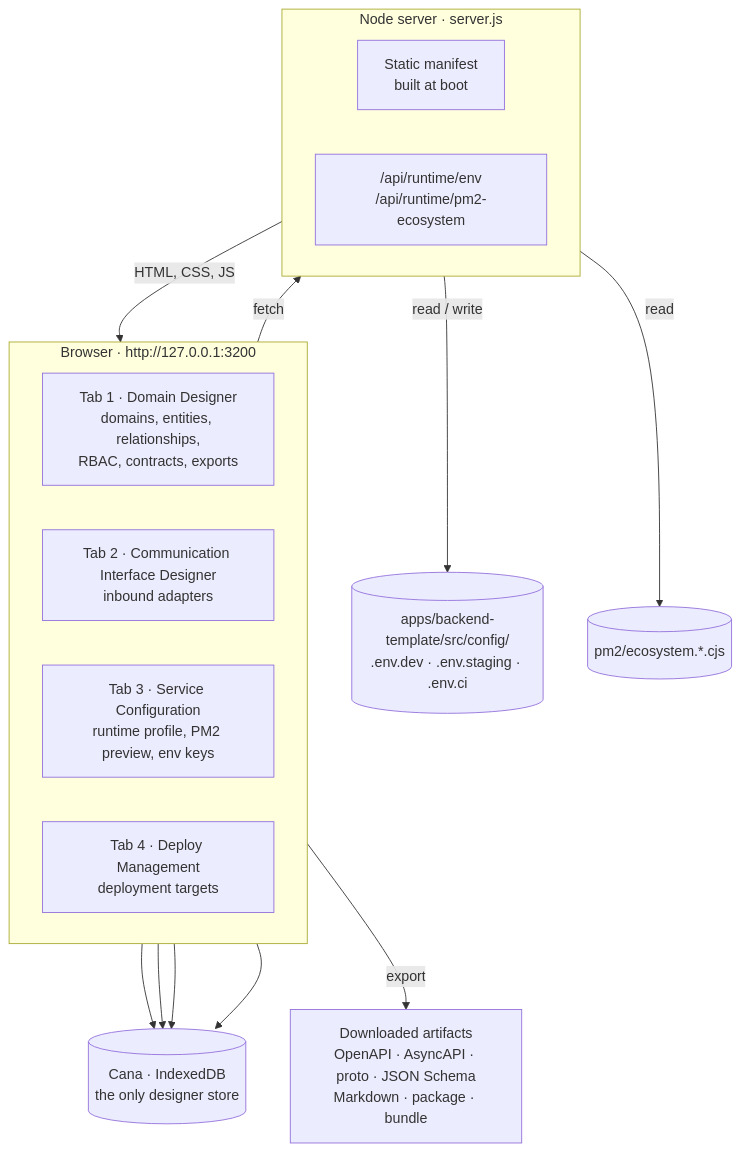
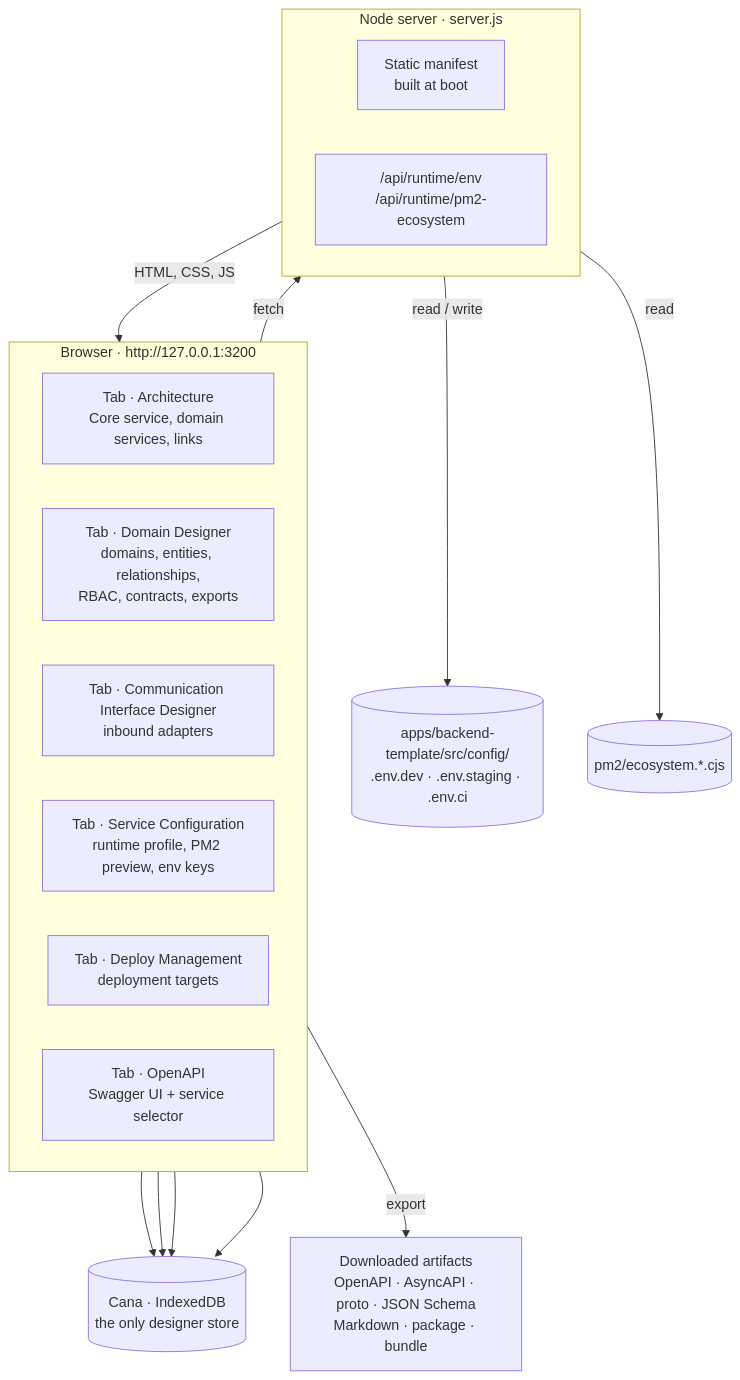
Before and after one commit to web2solutions/Jumentix: the first of 6 diagrams in documentation/md/guides/USING-SERVICE-MANAGER-AND-DOMAIN-DESIGNER.md, drawn with Mermaid. The commit also changed other lines of this file and 42 other files, not shown here.

First line of the commit message:
feat(designer): architecture canvas and OAS split

````diff
--- a/documentation/md/guides/USING-SERVICE-MANAGER-AND-DOMAIN-DESIGNER.md
+++ b/documentation/md/guides/USING-SERVICE-MANAGER-AND-DOMAIN-DESIGNER.md
@@ -22,32 +22,34 @@
 ```mermaid
 flowchart TB
   subgraph browser["Browser · http://127.0.0.1:3200"]
     direction LR
-    DD["Tab 1 · Domain Designer<br/>domains, entities, relationships,<br/>RBAC, contracts, exports"]
-    CID["Tab 2 · Communication Interface Designer<br/>inbound adapters"]
-    SC["Tab 3 · Service Configuration<br/>runtime profile, PM2 preview, env keys"]
-    DM["Tab 4 · Deploy Management<br/>deployment targets"]
+    ARCH["Tab · Architecture<br/>Core service, domain services, links"]
+    DD["Tab · Domain Designer<br/>domains, entities, relationships,<br/>RBAC, contracts, exports"]
+    CID["Tab · Communication Interface Designer<br/>inbound adapters"]
+    SC["Tab · Service Configuration<br/>runtime profile, PM2 preview, env keys"]
+    DM["Tab · Deploy Management<br/>deployment targets"]
+    OAS["Tab · OpenAPI<br/>Swagger UI + service selector"]
   end
 
   CANA[("Cana · IndexedDB<br/>the only designer store")]
   ART["Downloaded artifacts<br/>OpenAPI · AsyncAPI · proto · JSON Schema<br/>Markdown · package · bundle"]
 
   subgraph server["Node server · server.js"]
     direction LR
     STATIC["Static manifest<br/>built at boot"]
     API["/api/runtime/env<br/>/api/runtime/pm2-ecosystem"]
   end
 
   ENV[("apps/backend-template/src/config/<br/>.env.dev · .env.staging · .env.ci")]
   PM2FILES[("pm2/ecosystem.*.cjs")]
 
   DD --> CANA
   CID --> CANA
   SC --> CANA
   DM --> CANA
   DD -->|export| ART
   SC -->|fetch| API
   API -->|read / write| ENV
   API -->|read| PM2FILES
   STATIC -->|HTML, CSS, JS| browser
 ```
````
